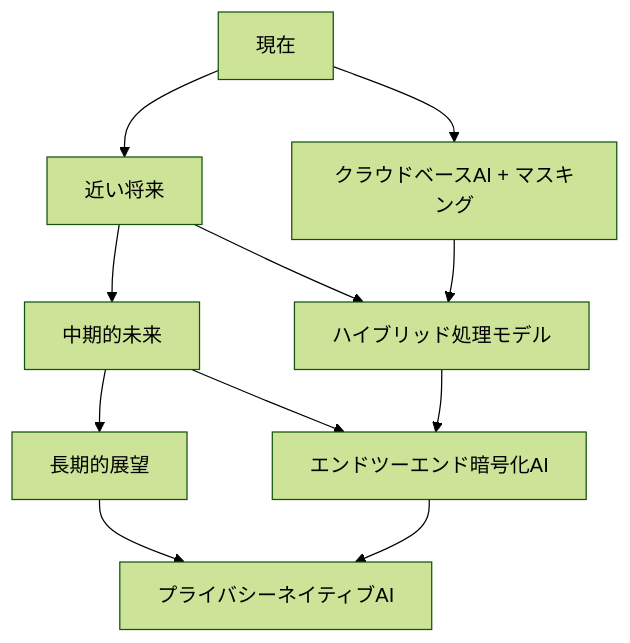
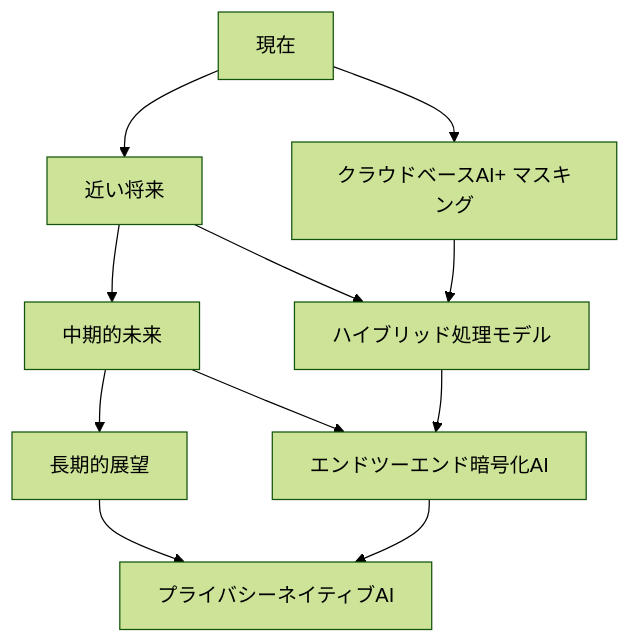
Before and after one commit to cyber-freaks-jp/AI_Driven_Development_Course: the fourth of 4 diagrams in book/pages/機密情報の取り扱い.md, drawn with Mermaid (forest theme). The commit also changed other lines of this file and 92 other files, not shown here.

````diff
--- a/book/pages/機密情報の取り扱い.md
+++ b/book/pages/機密情報の取り扱い.md
@@ -488,15 +488,15 @@
 ```mermaid
 graph TD
     A[現在] --> B[近い将来]
     B --> C[中期的未来]
     C --> D[長期的展望]
 
-    A --> A1[クラウドベースAI + マスキング]
+    A --> A1[クラウドベースAI+ マスキング]
     B --> B1[ハイブリッド処理モデル]
     C --> C1[エンドツーエンド暗号化AI]
     D --> D1[プライバシーネイティブAI]
 
     A1 --> B1
     B1 --> C1
     C1 --> D1
 ```
````
